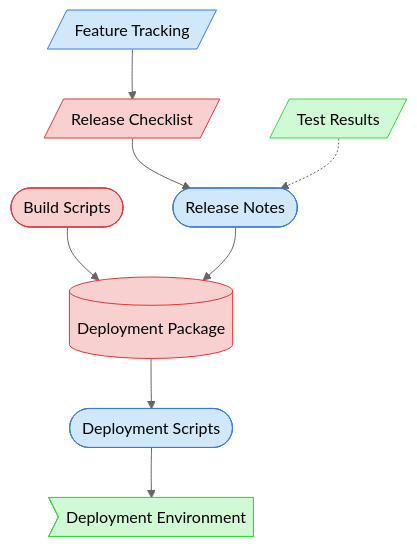
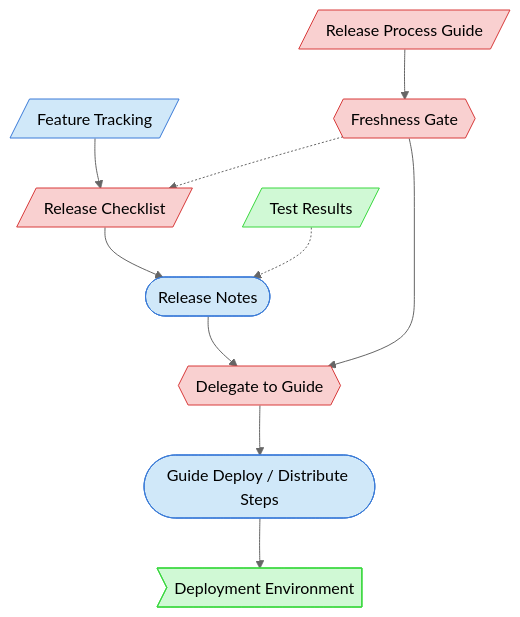
The diagram in process-framework/visualization/context-maps/07-deployment/release-deployment-map.md (Abtomation/LinkWatcher), drawn with Mermaid (neutral theme) before and after one commit. The commit also changed other lines of this file and 1181 other files, not shown here.

First line of the commit message:
Release v2.1.1: deploy user handbooks with global install (PD-BUG-104), config-schema drift guard, framework state snapshot

````diff
--- a/process-framework/visualization/context-maps/07-deployment/release-deployment-map.md
+++ b/process-framework/visualization/context-maps/07-deployment/release-deployment-map.md
@@ -18,18 +20,20 @@
 ```mermaid
 graph TD
     classDef critical fill:#f9d0d0,stroke:#d83a3a
     classDef important fill:#d0e8f9,stroke:#3a7bd8
     classDef reference fill:#d0f9d5,stroke:#3ad83f
 
     FeatureTracking[/Feature Tracking/] --> ReleaseChecklist[/Release Checklist/]
     ReleaseChecklist --> ReleaseNotes([Release Notes])
-    BuildScripts([Build Scripts]) --> DeploymentPackage[(Deployment Package)]
-    ReleaseNotes --> DeploymentPackage
-    DeploymentPackage --> DeploymentScripts([Deployment Scripts])
-    DeploymentScripts --> DeploymentEnvironment>Deployment Environment]
+    ReleaseProcessGuide[/Release Process Guide/] --> FreshnessGate{{Freshness Gate}}
+    FreshnessGate -.-> ReleaseChecklist
+    ReleaseNotes --> Delegation{{Delegate to Guide}}
+    FreshnessGate --> Delegation
+    Delegation --> GuideDeploySteps([Guide Deploy / Distribute Steps])
+    GuideDeploySteps --> DeploymentEnvironment>Deployment Environment]
     TestResults[/Test Results/] -.-> ReleaseNotes
 
-    class ReleaseChecklist,BuildScripts,DeploymentPackage critical
-    class FeatureTracking,ReleaseNotes,DeploymentScripts important
+    class ReleaseChecklist,ReleaseProcessGuide,FreshnessGate,Delegation critical
+    class FeatureTracking,ReleaseNotes,GuideDeploySteps important
     class DeploymentEnvironment,TestResults reference
 ```
````
